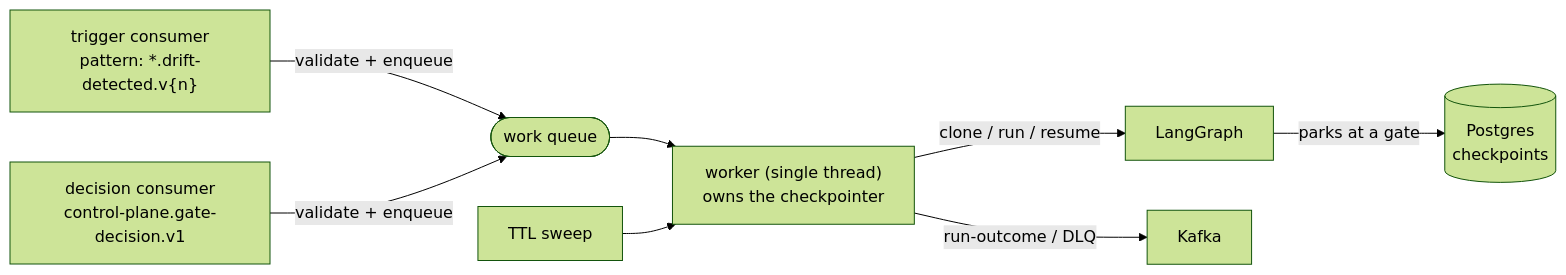
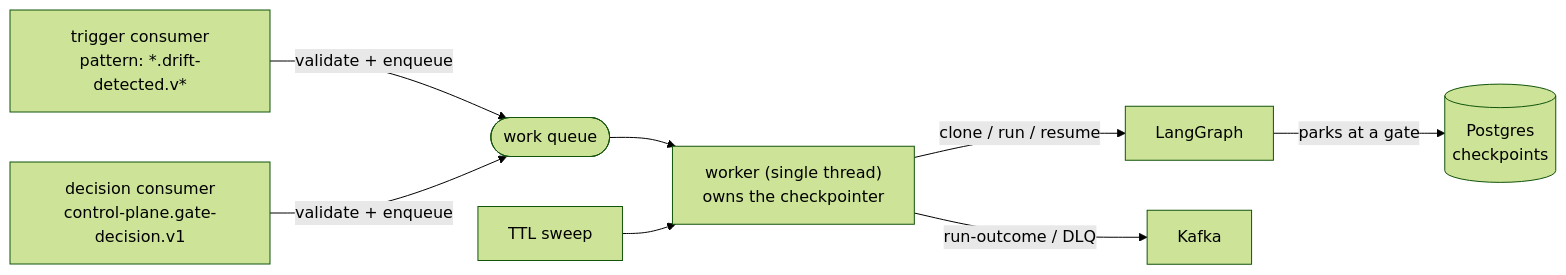
Before and after one commit to jayakumard10/agentic-sdlc-control-plane: the second of 3 diagrams in README.md, drawn with Mermaid (forest theme). The commit also changed other lines of this file and 1 other file, not shown here.

First line of the commit message:
Fix diagrams rendering broken on GitHub

````diff
--- a/README.md
+++ b/README.md
@@ -51,10 +52,10 @@
 ```mermaid
 flowchart LR
-    T["trigger consumer<br/>pattern: *.drift-detected.v{n}"] -- "validate + enqueue" --> Q(["work queue"])
+    T["trigger consumer<br/>pattern: *.drift-detected.v*"] -- "validate + enqueue" --> Q(["work queue"])
     D["decision consumer<br/>control-plane.gate-decision.v1"] -- "validate + enqueue" --> Q
     Q --> W["worker (single thread)<br/>owns the checkpointer"]
     W -- "clone / run / resume" --> G["LangGraph"]
     G -- "parks at a gate" --> PG[("Postgres<br/>checkpoints")]
     W -- "run-outcome / DLQ" --> K["Kafka"]
     S["TTL sweep"] --> W
 ```
````
